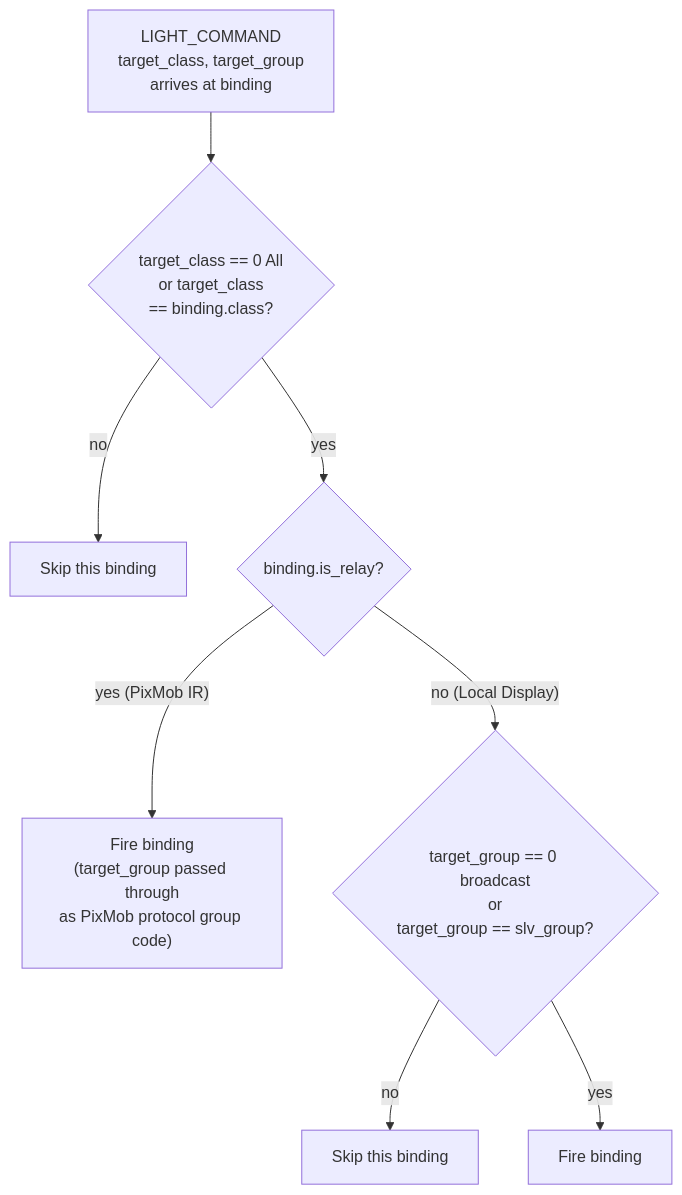
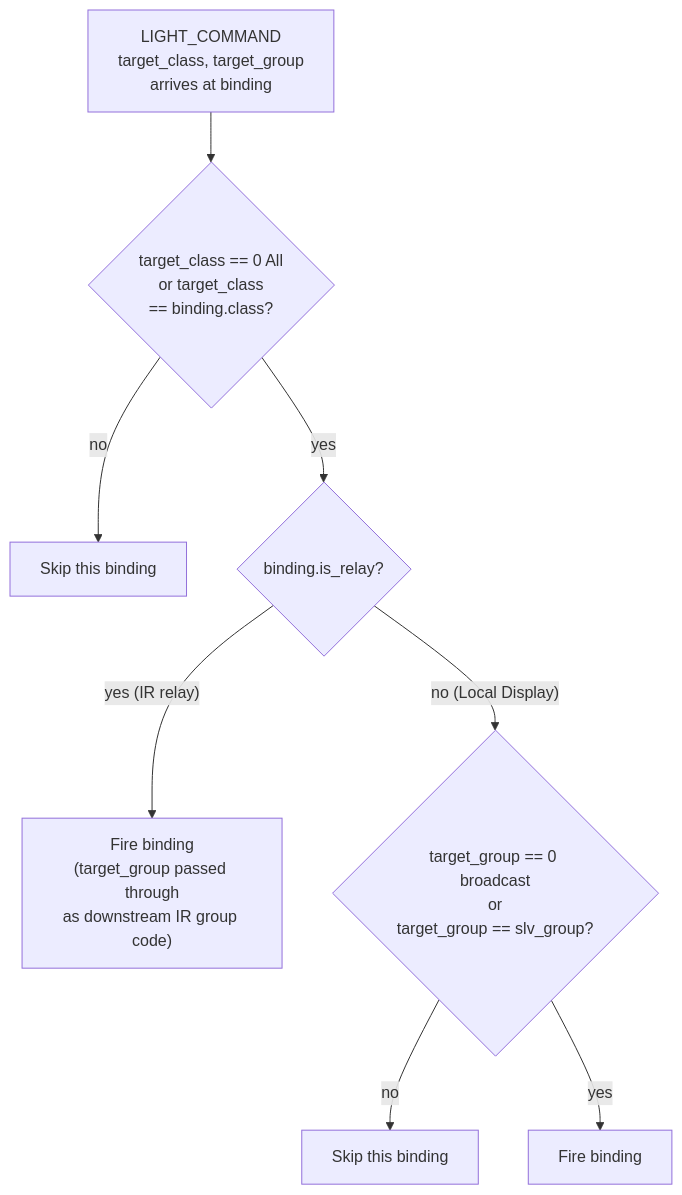
Before and after one commit to ratcliffej/nocturnation-stickc: the seventh of 10 diagrams in docs/manuals/flow-diagrams.md, drawn with Mermaid. The commit also changed other lines of this file, not shown here.

First line of the commit message:
Flow diagrams: de-brand IR and clarify Show is the producer

````diff
--- a/docs/manuals/flow-diagrams.md
+++ b/docs/manuals/flow-diagrams.md
@@ -209,12 +217,12 @@
 ```mermaid
 flowchart TD
     Start[LIGHT_COMMAND<br/>target_class, target_group<br/>arrives at binding] --> ClassF{target_class == 0 All<br/>or target_class<br/>== binding.class?}
     ClassF -- "no" --> Skip1[Skip this binding]
     ClassF -- "yes" --> Relay{binding.is_relay?}
 
-    Relay -- "yes (PixMob IR)" --> RelayFire["Fire binding<br/>(target_group passed through<br/>as PixMob protocol group code)"]
+    Relay -- "yes (IR relay)" --> RelayFire["Fire binding<br/>(target_group passed through<br/>as downstream IR group code)"]
     Relay -- "no (Local Display)" --> GroupF{target_group == 0 broadcast<br/>or<br/>target_group == slv_group?}
 
     GroupF -- "no" --> Skip2[Skip this binding]
     GroupF -- "yes" --> LocalFire[Fire binding]
 ```
````
